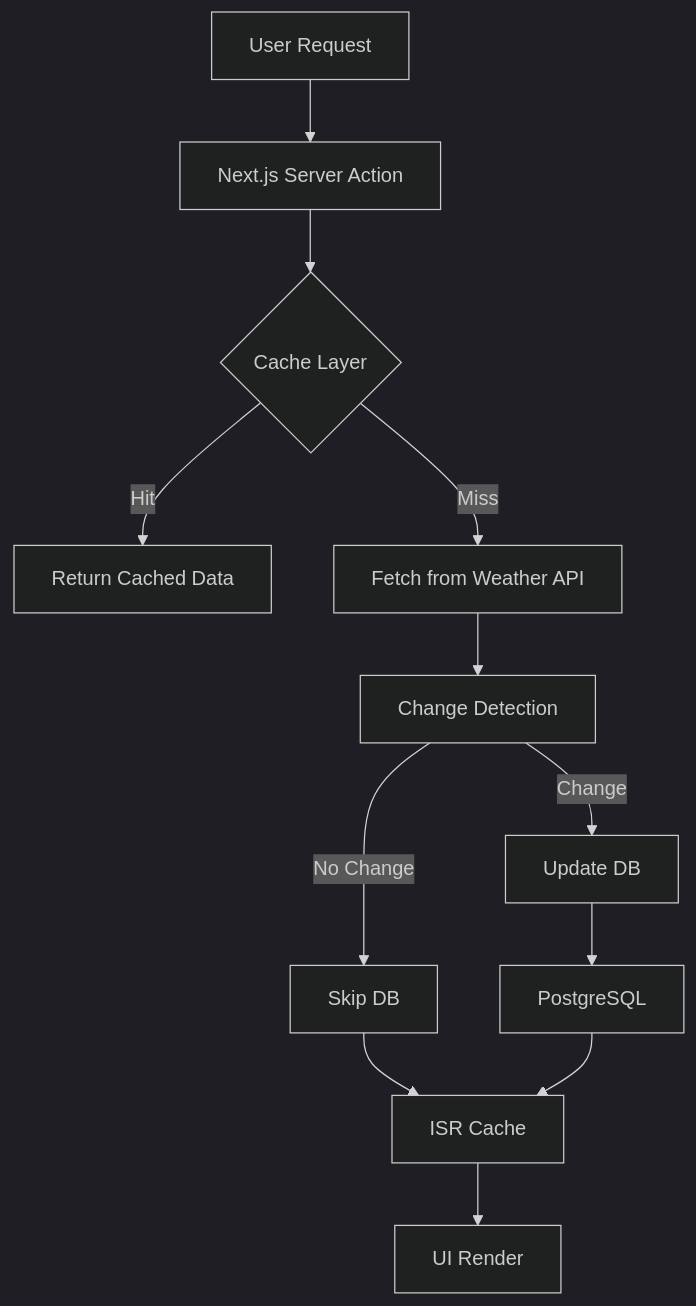
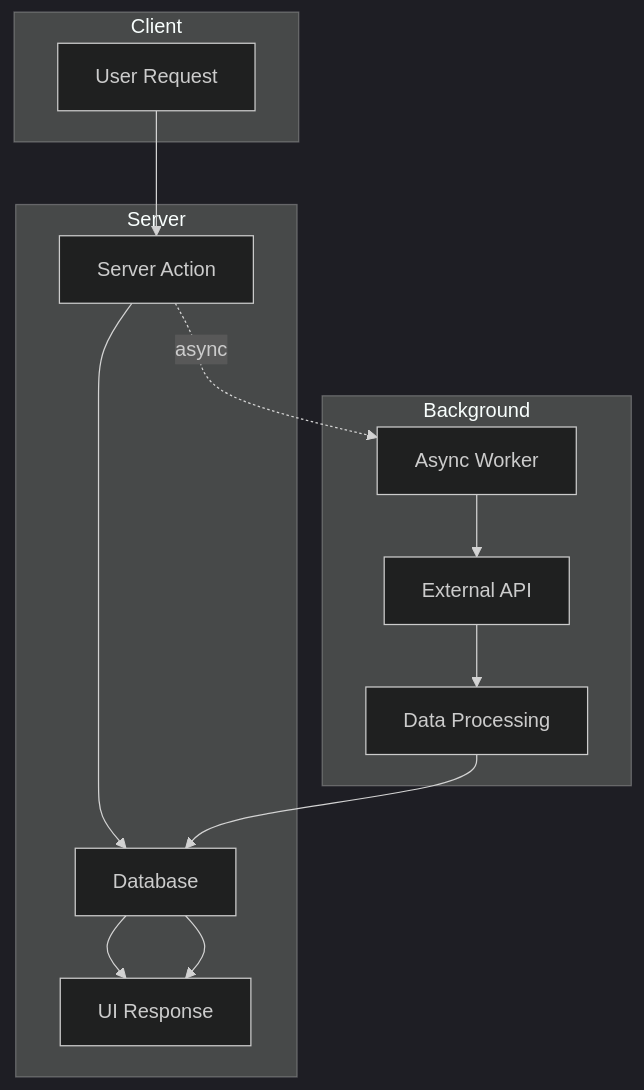
Before and after one commit to prathiusharun/Weather-app: the diagram in README.md, drawn with Mermaid (dark theme). The commit also changed other lines of this file and 5 other files, not shown here.

````diff
--- a/README.md
+++ b/README.md
@@ -51,14 +59,30 @@
 ```mermaid
 flowchart TD
-A[User Request] --> B[Next.js Server Action]
-B --> C{Cache Layer}
-C -->|Hit| D[Return Cached Data]
-C -->|Miss| E[Fetch from Weather API]
-E --> F[Change Detection]
-F -->|No Change| G[Skip DB]
-F -->|Change| H[Update DB]
-H --> I[PostgreSQL]
-G --> J[ISR Cache]
-I --> J
-J --> K[UI Render]
+
+subgraph Client
+A[User Request]
+end
+
+subgraph Server
+B[Server Action]
+C[Database]
+D[UI Response]
+end
+
+subgraph Background
+E[Async Worker]
+F[External API]
+G[Data Processing]
+end
+
+A --> B
+B --> C
+C --> D
+
+B -. async .-> E
+E --> F
+F --> G
+G --> C
+
+C --> D
 ```
````
